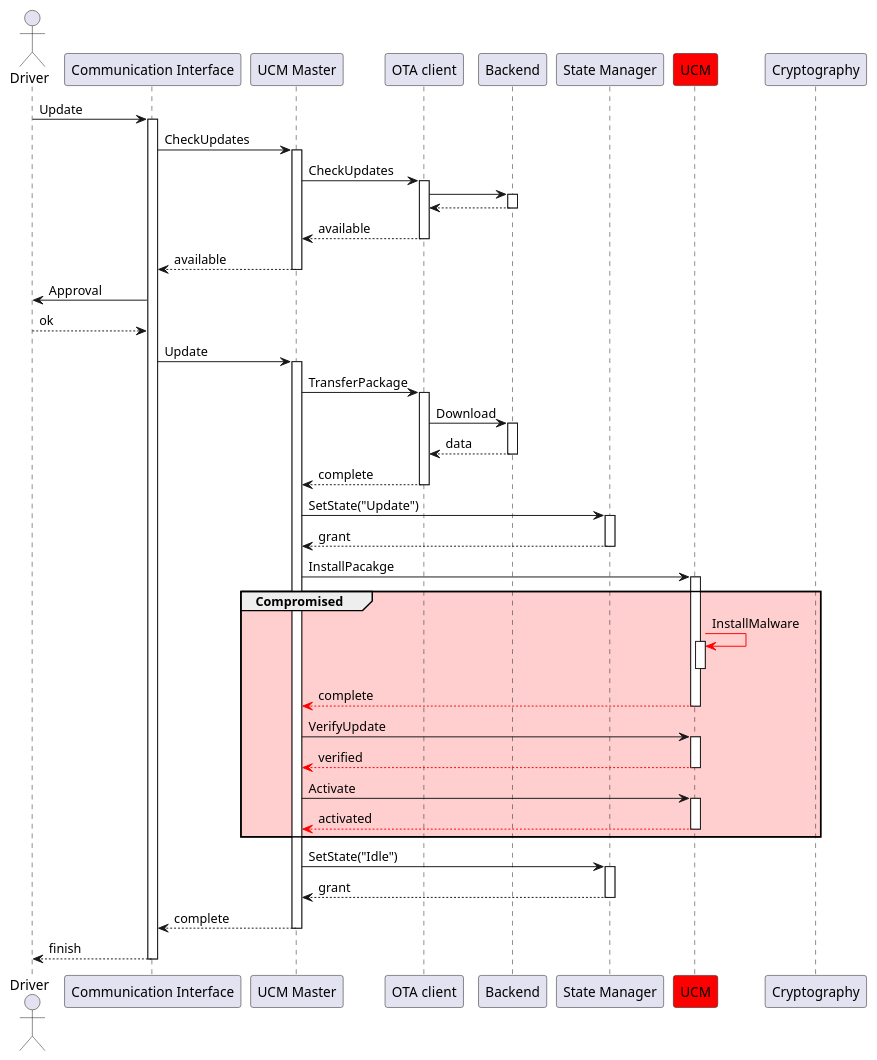
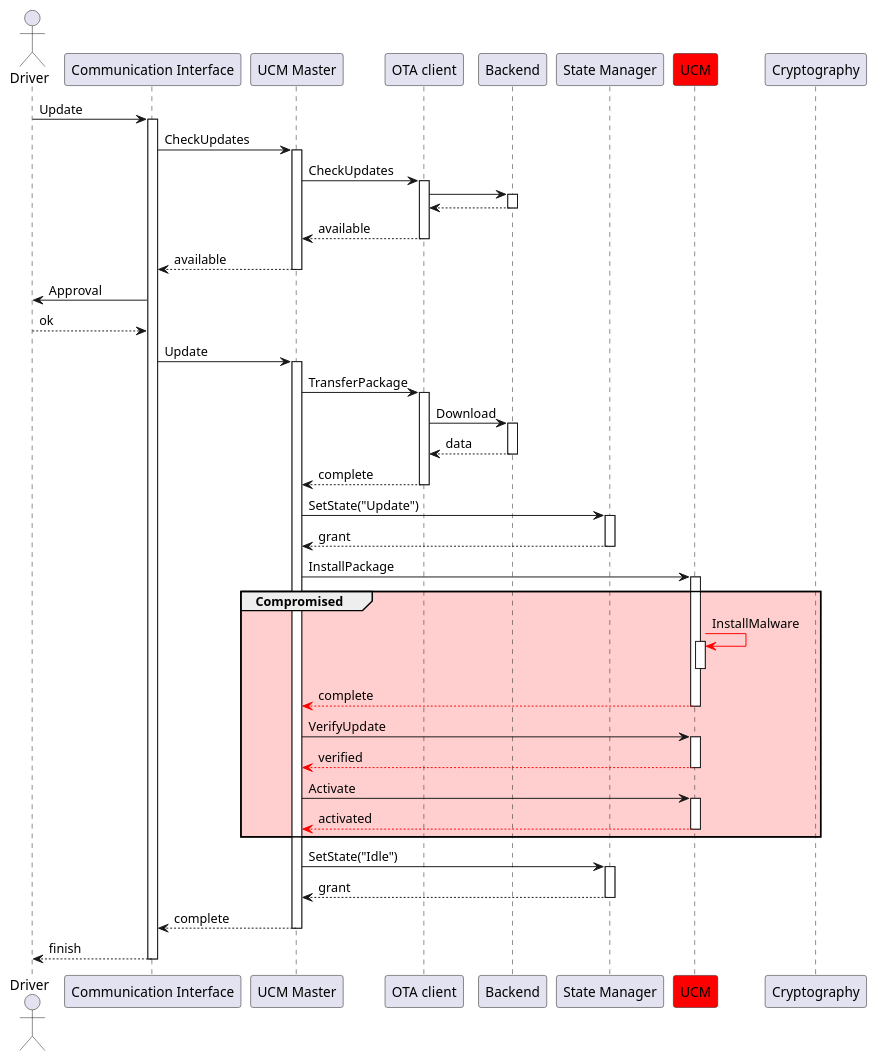
Before and after one commit to russkin/kos-autosar-ucm: the diagram in doc/negative-scenarios/NS-1-ucm-compromised.wsd, drawn with PlantUML. The commit also changed 8 other files, not shown here.

Commit message:
Upgrade architecture

```diff
--- a/doc/negative-scenarios/NS-1-ucm-compromised.wsd
+++ b/doc/negative-scenarios/NS-1-ucm-compromised.wsd
@@ -1,79 +1,79 @@
 @startuml UCM Compromised
 
 actor Driver as driver
 participant "Communication Interface" as interface
 participant "UCM Master" as master
 participant "OTA client" as ota
 participant "Backend" as backend
 participant "State Manager" as state
 participant "UCM" as ucm #red
 participant "Cryptography" as crypto
 
 driver -> interface: Update
 activate interface
 interface -> master: CheckUpdates
 activate master
 
 master -> ota: CheckUpdates
 activate ota
 ota -> backend
 activate backend
 backend --> ota
 deactivate backend
 ota --> master: available
 deactivate ota
 
 master --> interface: available
 deactivate master
 
 interface -> driver: Approval
 driver --> interface: ok
 interface -> master: Update
 activate master
 master -> ota: TransferPackage
 activate ota
 ota -> backend: Download
 activate backend
 backend --> ota: data
 deactivate backend
 ota --> master: complete
 deactivate ota
 
 master -> state: SetState("Update")
 activate state
 state --> master: grant
 deactivate state
 
-master -> ucm: InstallPacakge
+master -> ucm: InstallPackage
 group #FF000030 Compromised
 activate ucm
 ucm [#red]-> ucm: InstallMalware
 activate ucm
 deactivate ucm
 ucm -[#red]-> master: complete
 deactivate ucm
 
 master -> ucm: VerifyUpdate
 activate ucm
 ucm -[#red]-> master: verified
 deactivate ucm
 
 master -> ucm: Activate
 activate ucm
 ucm -[#red]-> master: activated
 deactivate ucm
 end 
 
 master -> state: SetState("Idle")
 activate state
 state --> master: grant
 deactivate state
 
 master --> interface: complete
 deactivate master
 
 interface --> driver: finish
 
 deactivate interface
 
 @enduml
```
